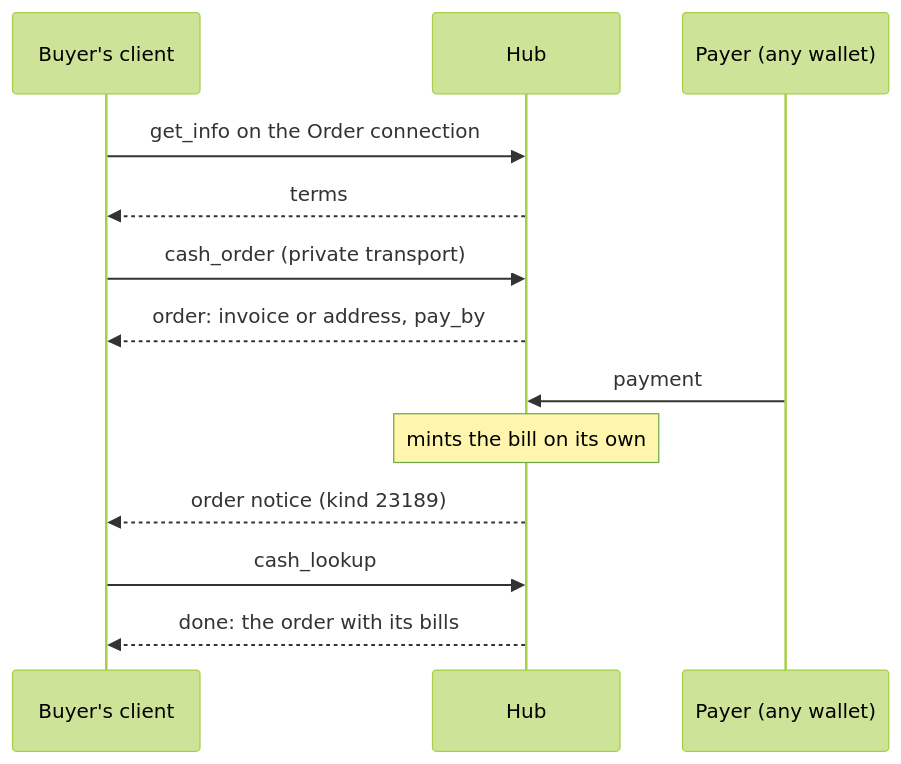
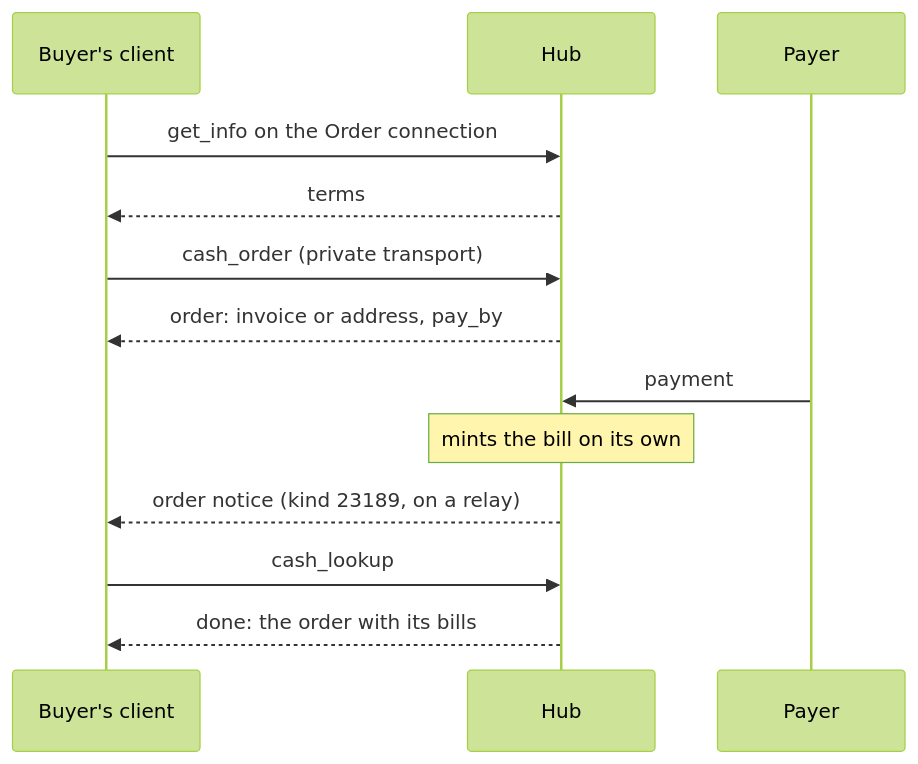
One commit to ohstr/nips changed the first of 2 diagrams in NIP-CO.md. Above: the diagram before and after it, drawn with Mermaid (forest theme). The commit also changed other lines of this file, not shown here.

Commit message:
docs(nip-co): match the order diagrams and the late-payment row to the rules (#37)

````diff
--- a/NIP-CO.md
+++ b/NIP-CO.md
@@ -22,15 +22,15 @@
 ```mermaid
 sequenceDiagram
     participant C as Buyer's client
     participant H as Hub
-    participant P as Payer (any wallet)
+    participant P as Payer
     C->>H: get_info on the Order connection
     H-->>C: terms
     C->>H: cash_order (private transport)
     H-->>C: order: invoice or address, pay_by
     P->>H: payment
     Note over H: mints the bill on its own
-    H-->>C: order notice (kind 23189)
+    H-->>C: order notice (kind 23189, on a relay)
     C->>H: cash_lookup
     H-->>C: done: the order with its bills
 ```
````
